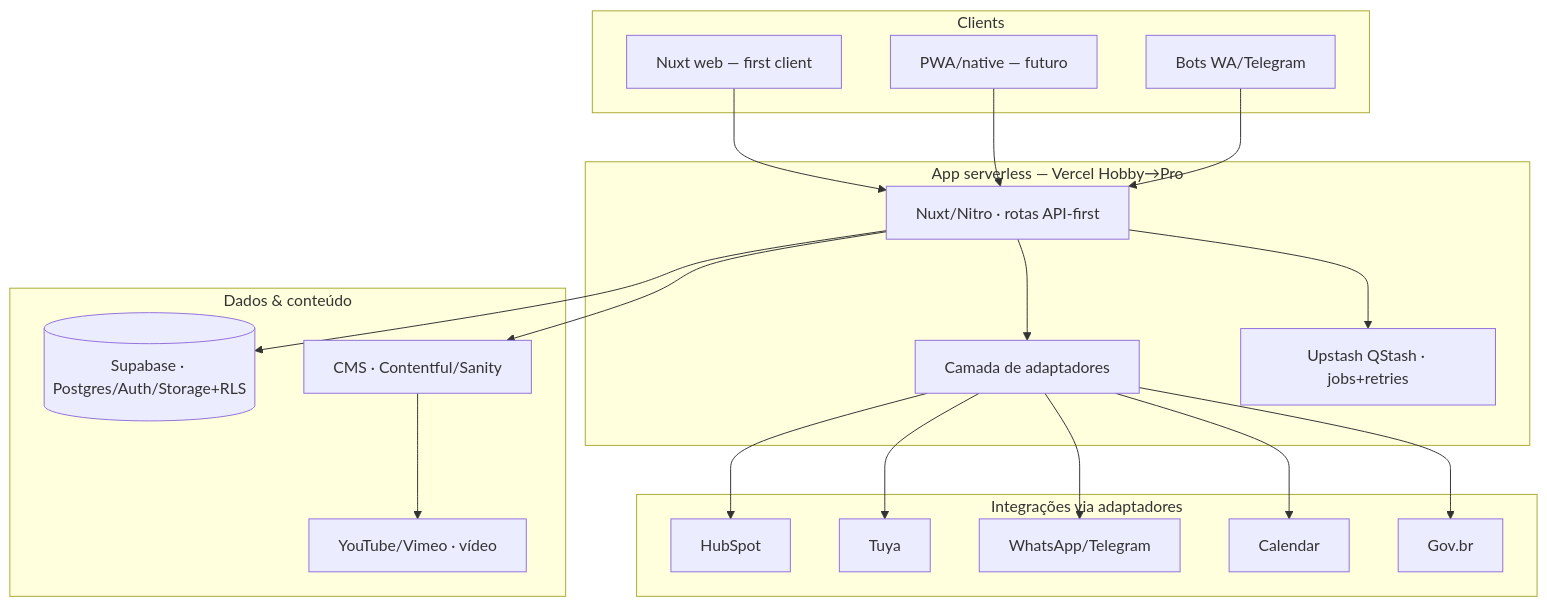
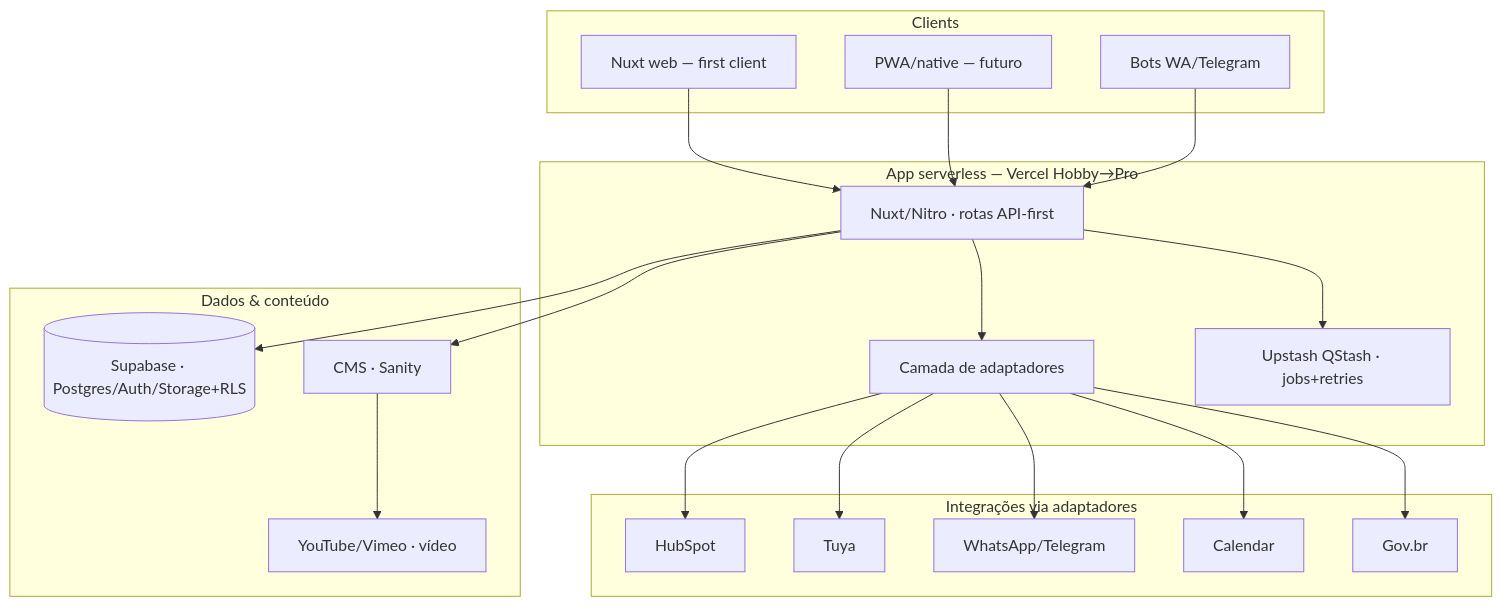
Before and after one commit to fortegb/platform: the diagram in docs/planning/architecture.md, drawn with Mermaid. The commit also changed other lines of this file and 30 other files, not shown here.

Commit message:
feat: D-034 Sanity CMS vendor; remove Contentful from stack

````diff
--- a/docs/planning/architecture.md
+++ b/docs/planning/architecture.md
@@ -102,38 +102,38 @@
 ```mermaid
 flowchart TB
   subgraph clients [Clients]
     WEB[Nuxt web — first client]
     PWA[PWA/native — futuro]
     BOT[Bots WA/Telegram]
   end
   subgraph app [App serverless — Vercel Hobby→Pro]
     API[Nuxt/Nitro · rotas API-first]
     ADP[Camada de adaptadores]
     Q[Upstash QStash · jobs+retries]
   end
   subgraph data [Dados & conteúdo]
     SB[(Supabase · Postgres/Auth/Storage+RLS)]
-    CMS[CMS · Contentful/Sanity]
+    CMS[CMS · Sanity]
     VID[YouTube/Vimeo · vídeo]
   end
   subgraph integrations [Integrações via adaptadores]
     HS[HubSpot]
     TUYA[Tuya]
     WA[WhatsApp/Telegram]
     CAL[Calendar]
     GOV[Gov.br]
   end
   WEB --> API
   PWA --> API
   BOT --> API
   API --> SB
   API --> CMS
   API --> ADP
   API --> Q
   CMS --> VID
   ADP --> HS
   ADP --> TUYA
   ADP --> WA
   ADP --> CAL
   ADP --> GOV
 ```
````
